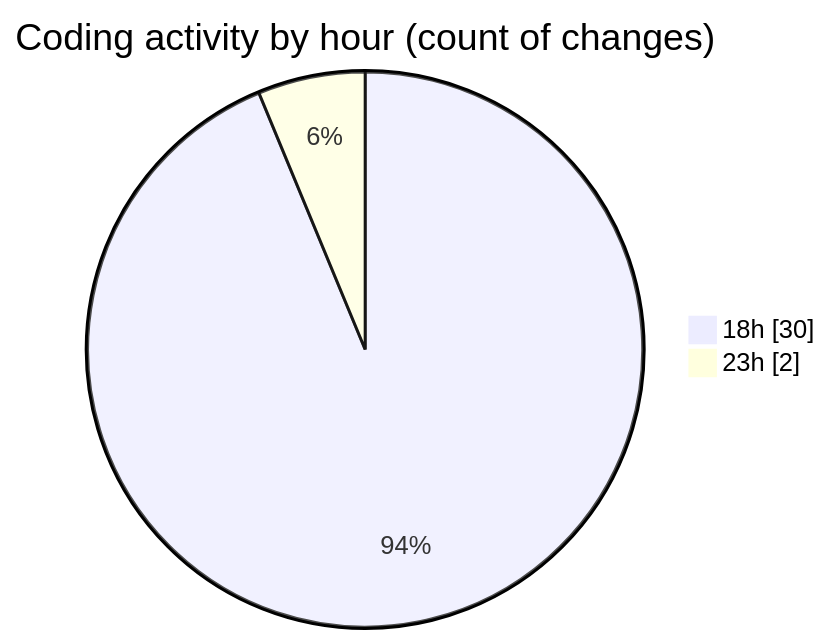
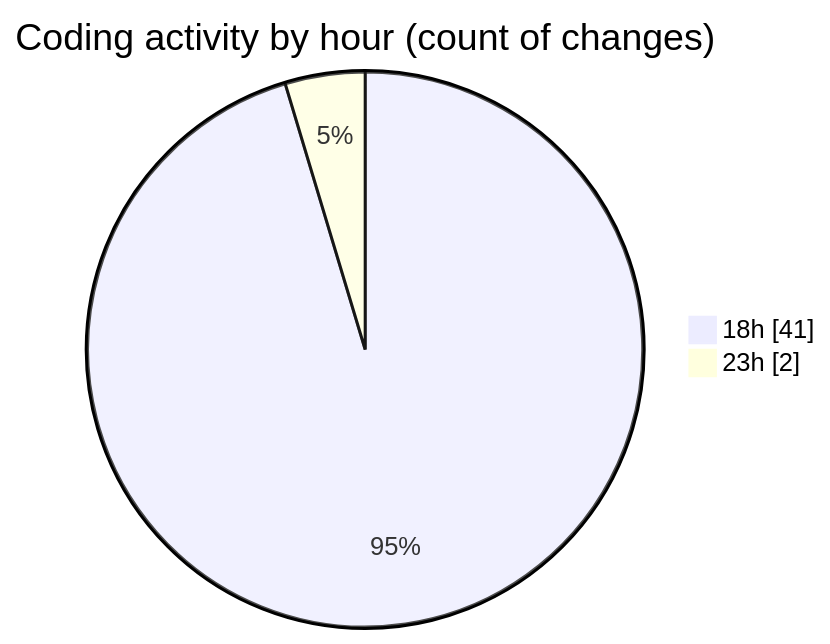
The second of 2 diagrams in 2025-11-01/backend/README.md (Ritupan-Deka/code-tracking), drawn with Mermaid before and after one commit. The commit also changed other lines of this file and 1 other file, not shown here.

````diff
--- a/2025-11-01/backend/README.md
+++ b/2025-11-01/backend/README.md
@@ -35,6 +39,6 @@
 ```mermaid
 pie showData
 title Coding activity by hour (count of changes)
-"18h" : 30
+"18h" : 41
 "23h" : 2
 ```
````
